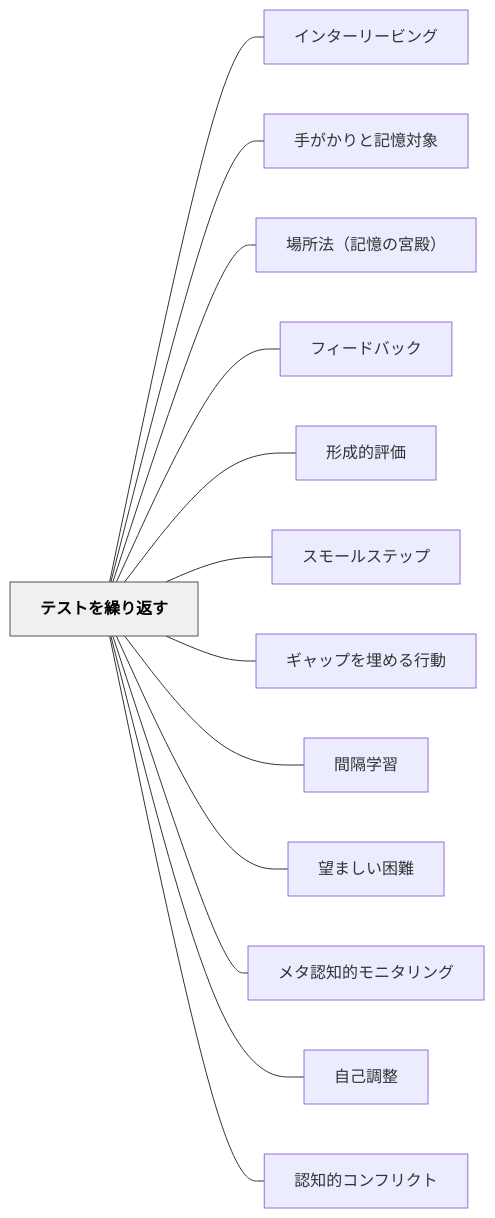
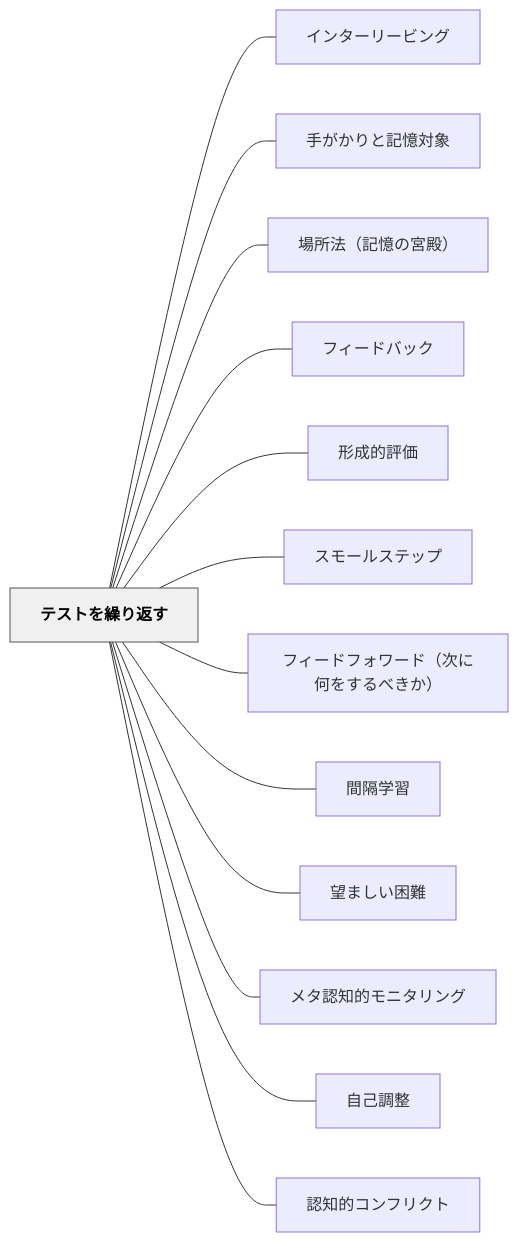
One commit to unknownthings-ed-patterns/unknownthings-ed-patterns changed the diagram in content/パタン/テストを繰り返す.md. Above: the diagram before and after it, drawn with Mermaid. The commit also changed other lines of this file and 5 other files, not shown here.

````diff
--- a/content/パタン/テストを繰り返す.md
+++ b/content/パタン/テストを繰り返す.md
@@ -90,32 +90,32 @@
 ```mermaid
 flowchart LR
     ne38386e382b9e38388e38292e7b9b0e3828ae8bf94e38199["テストを繰り返す"]
     ne382a4e383b3e382bfe383bce383aae383bce38393e383b3e382b0["インターリービング"]
     ne6898be3818ce3818be3828ae381a8e8a898e686b6e5afbee8b1a1["手がかりと記憶対象"]
     ne5a0b4e68980e6b395efbc88e8a898e686b6e381aee5aeaee6aebfefbc89["場所法（記憶の宮殿）"]
     ne38395e382a3e383bce38389e38390e38383e382af["フィードバック"]
     ne5bda2e68890e79a84e8a995e4bea1["形成的評価"]
     ne382b9e383a2e383bce383abe382b9e38386e38383e38397["スモールステップ"]
-    ne382aee383a3e38383e38397e38292e59f8be38281e3828be8a18ce58b95["ギャップを埋める行動"]
+    ne38395e382a3e383bce38389e38395e382a9e383afe383bce38389efbc88e6aca1e381abe4bd95e38292e38199e3828be381b9e3818de3818befbc89["フィードフォワード（次に何をするべきか）"]
     ne99693e99a94e5ada6e7bf92["間隔学習"]
     ne69c9be381bee38197e38184e59bb0e99ba3["望ましい困難"]
     ne383a1e382bfe8aa8de79fa5e79a84e383a2e3838be382bfe383aae383b3e382b0["メタ認知的モニタリング"]
     ne887aae5b7b1e8aabfe695b4["自己調整"]
     ne8aa8de79fa5e79a84e382b3e383b3e38395e383aae382afe38388["認知的コンフリクト"]
 
     ne38386e382b9e38388e38292e7b9b0e3828ae8bf94e38199 --- ne382a4e383b3e382bfe383bce383aae383bce38393e383b3e382b0
     ne38386e382b9e38388e38292e7b9b0e3828ae8bf94e38199 --- ne6898be3818ce3818be3828ae381a8e8a898e686b6e5afbee8b1a1
     ne38386e382b9e38388e38292e7b9b0e3828ae8bf94e38199 --- ne5a0b4e68980e6b395efbc88e8a898e686b6e381aee5aeaee6aebfefbc89
     ne38386e382b9e38388e38292e7b9b0e3828ae8bf94e38199 --- ne38395e382a3e383bce38389e38390e38383e382af
     ne38386e382b9e38388e38292e7b9b0e3828ae8bf94e38199 --- ne5bda2e68890e79a84e8a995e4bea1
     ne38386e382b9e38388e38292e7b9b0e3828ae8bf94e38199 --- ne382b9e383a2e383bce383abe382b9e38386e38383e38397
-    ne38386e382b9e38388e38292e7b9b0e3828ae8bf94e38199 --- ne382aee383a3e38383e38397e38292e59f8be38281e3828be8a18ce58b95
+    ne38386e382b9e38388e38292e7b9b0e3828ae8bf94e38199 --- ne38395e382a3e383bce38389e38395e382a9e383afe383bce38389efbc88e6aca1e381abe4bd95e38292e38199e3828be381b9e3818de3818befbc89
     ne38386e382b9e38388e38292e7b9b0e3828ae8bf94e38199 --- ne99693e99a94e5ada6e7bf92
     ne38386e382b9e38388e38292e7b9b0e3828ae8bf94e38199 --- ne69c9be381bee38197e38184e59bb0e99ba3
     ne38386e382b9e38388e38292e7b9b0e3828ae8bf94e38199 --- ne383a1e382bfe8aa8de79fa5e79a84e383a2e3838be382bfe383aae383b3e382b0
     ne38386e382b9e38388e38292e7b9b0e3828ae8bf94e38199 --- ne887aae5b7b1e8aabfe695b4
     ne38386e382b9e38388e38292e7b9b0e3828ae8bf94e38199 --- ne8aa8de79fa5e79a84e382b3e383b3e38395e383aae382afe38388
 
     classDef hub fill:#f0f0f0,stroke:#555,color:#000,font-weight:bold
     class ne38386e382b9e38388e38292e7b9b0e3828ae8bf94e38199 hub
 ```
````
